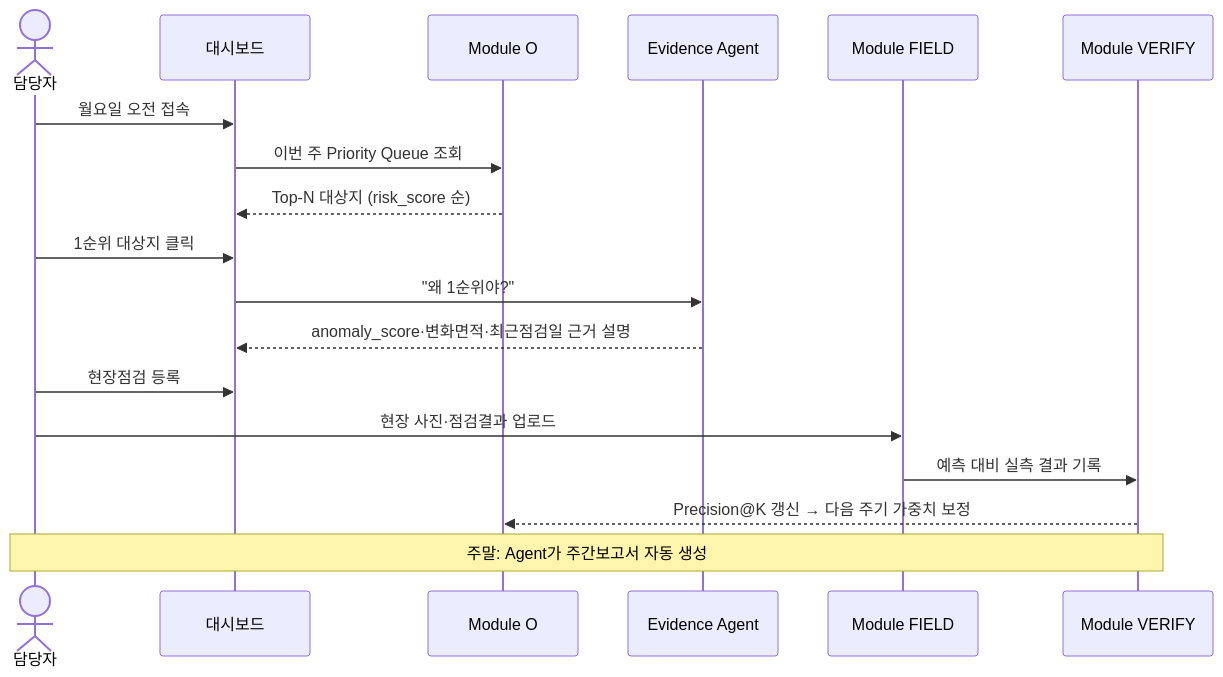
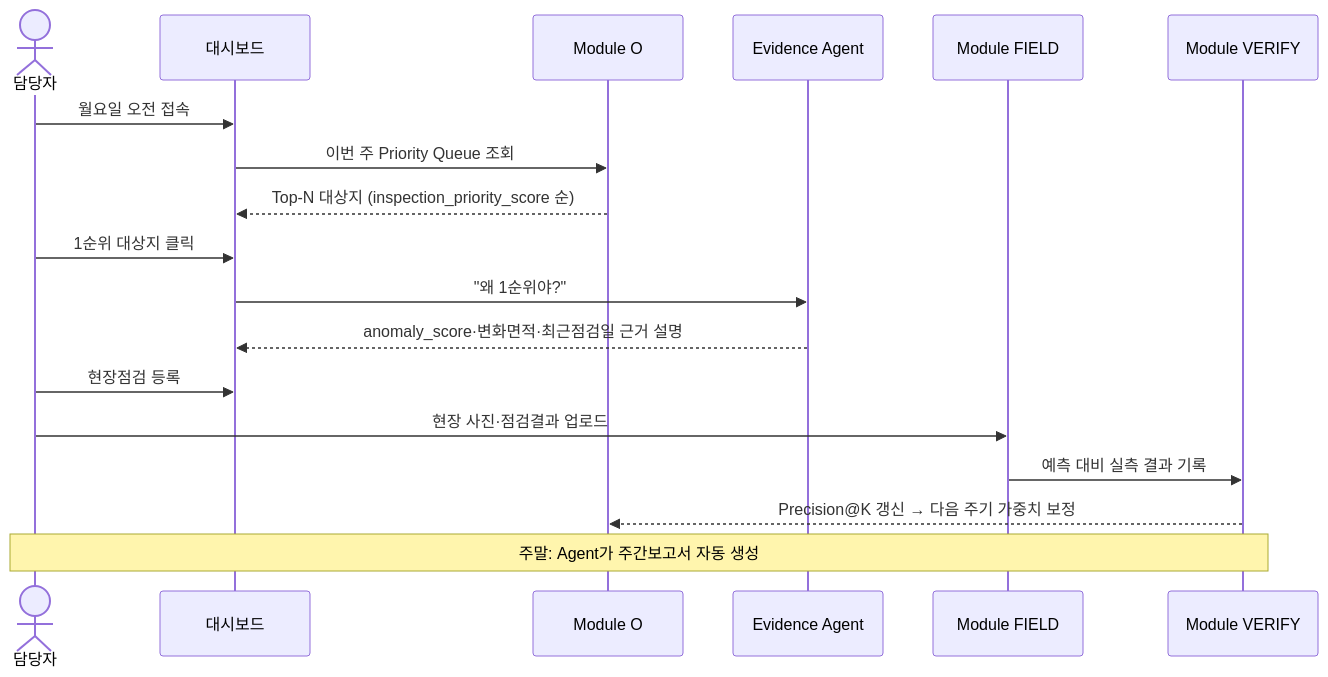
The third of 3 diagrams in README.md (tradeprogram/waterside_guard), drawn with Mermaid before and after one commit. The commit also changed other lines of this file and 33 other files, not shown here.

````diff
--- a/README.md
+++ b/README.md
@@ -128,21 +128,21 @@
 ```mermaid
 sequenceDiagram
     actor 담당자
     participant UI as 대시보드
     participant O as Module O
     participant AG as Evidence Agent
     participant FIELD as Module FIELD
     participant VERIFY as Module VERIFY
 
     담당자->>UI: 월요일 오전 접속
     UI->>O: 이번 주 Priority Queue 조회
-    O-->>UI: Top-N 대상지 (risk_score 순)
+    O-->>UI: Top-N 대상지 (inspection_priority_score 순)
     담당자->>UI: 1순위 대상지 클릭
     UI->>AG: "왜 1순위야?"
     AG-->>UI: anomaly_score·변화면적·최근점검일 근거 설명
     담당자->>UI: 현장점검 등록
     담당자->>FIELD: 현장 사진·점검결과 업로드
     FIELD->>VERIFY: 예측 대비 실측 결과 기록
     VERIFY-->>O: Precision@K 갱신 → 다음 주기 가중치 보정
     Note over 담당자,VERIFY: 주말: Agent가 주간보고서 자동 생성
 ```
````
